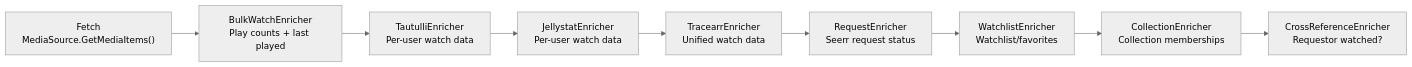
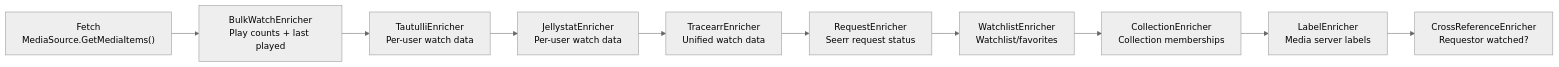
One commit to Wesleyl89/capacitarr changed the fourth of 6 diagrams in docs/reference/architecture.md. Above: the diagram before and after it, drawn with Mermaid (neutral theme). The commit also changed other lines of this file and 24 other files, not shown here.

````diff
--- a/docs/reference/architecture.md
+++ b/docs/reference/architecture.md
@@ -195,14 +206,15 @@
 ```mermaid
 flowchart LR
     FETCH["Fetch<br/>MediaSource.GetMediaItems()"]
     BULK["BulkWatchEnricher<br/>Play counts + last played"]
     TAUTULLI_E["TautulliEnricher<br/>Per-user watch data"]
     JELLYSTAT_E["JellystatEnricher<br/>Per-user watch data"]
     TRACEARR_E["TracearrEnricher<br/>Unified watch data"]
     REQUEST["RequestEnricher<br/>Seerr request status"]
     WATCHLIST["WatchlistEnricher<br/>Watchlist/favorites"]
     COLLECTION["CollectionEnricher<br/>Collection memberships"]
+    LABEL["LabelEnricher<br/>Media server labels"]
     XREF["CrossReferenceEnricher<br/>Requestor watched?"]
 
-    FETCH --> BULK --> TAUTULLI_E --> JELLYSTAT_E --> TRACEARR_E --> REQUEST --> WATCHLIST --> COLLECTION --> XREF
+    FETCH --> BULK --> TAUTULLI_E --> JELLYSTAT_E --> TRACEARR_E --> REQUEST --> WATCHLIST --> COLLECTION --> LABEL --> XREF
 ```
````
